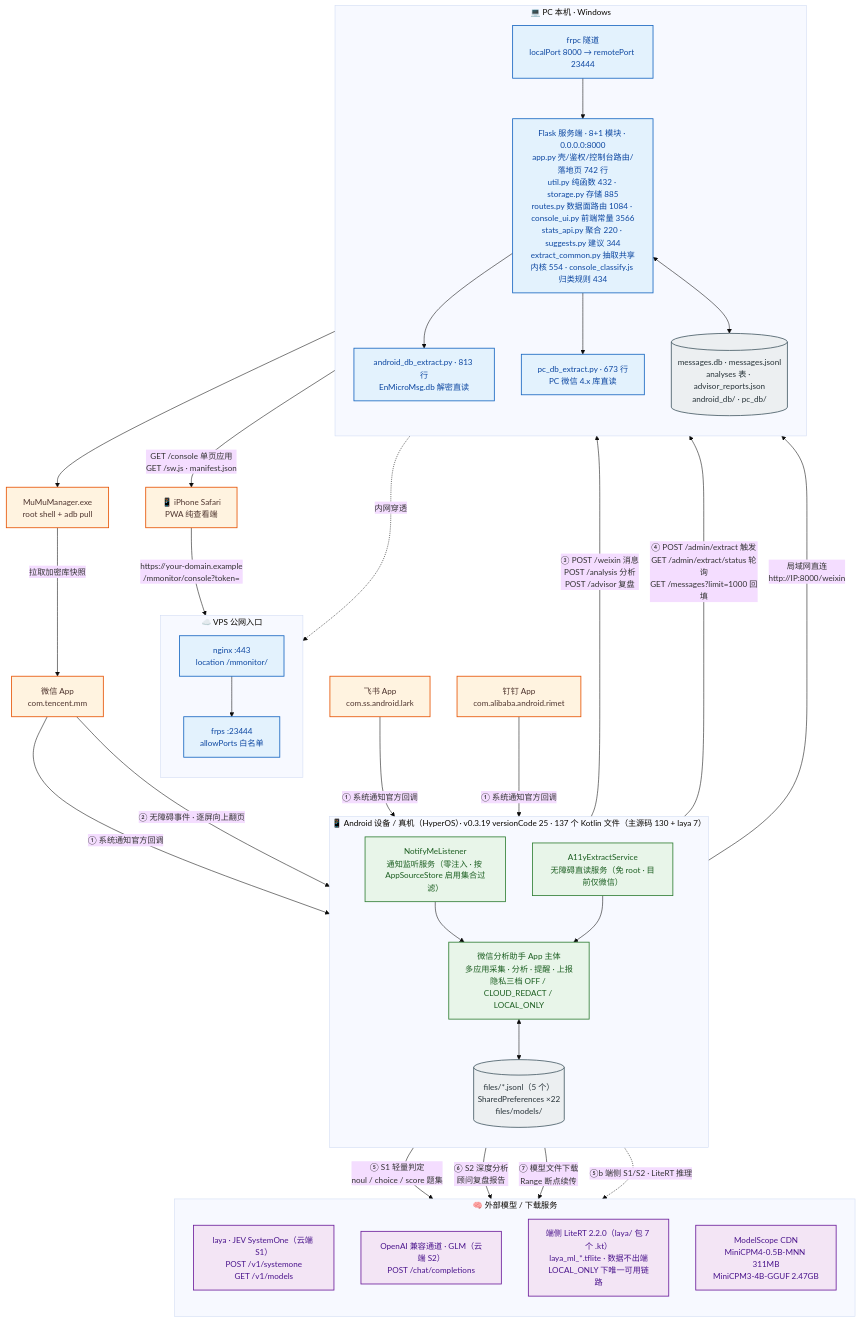
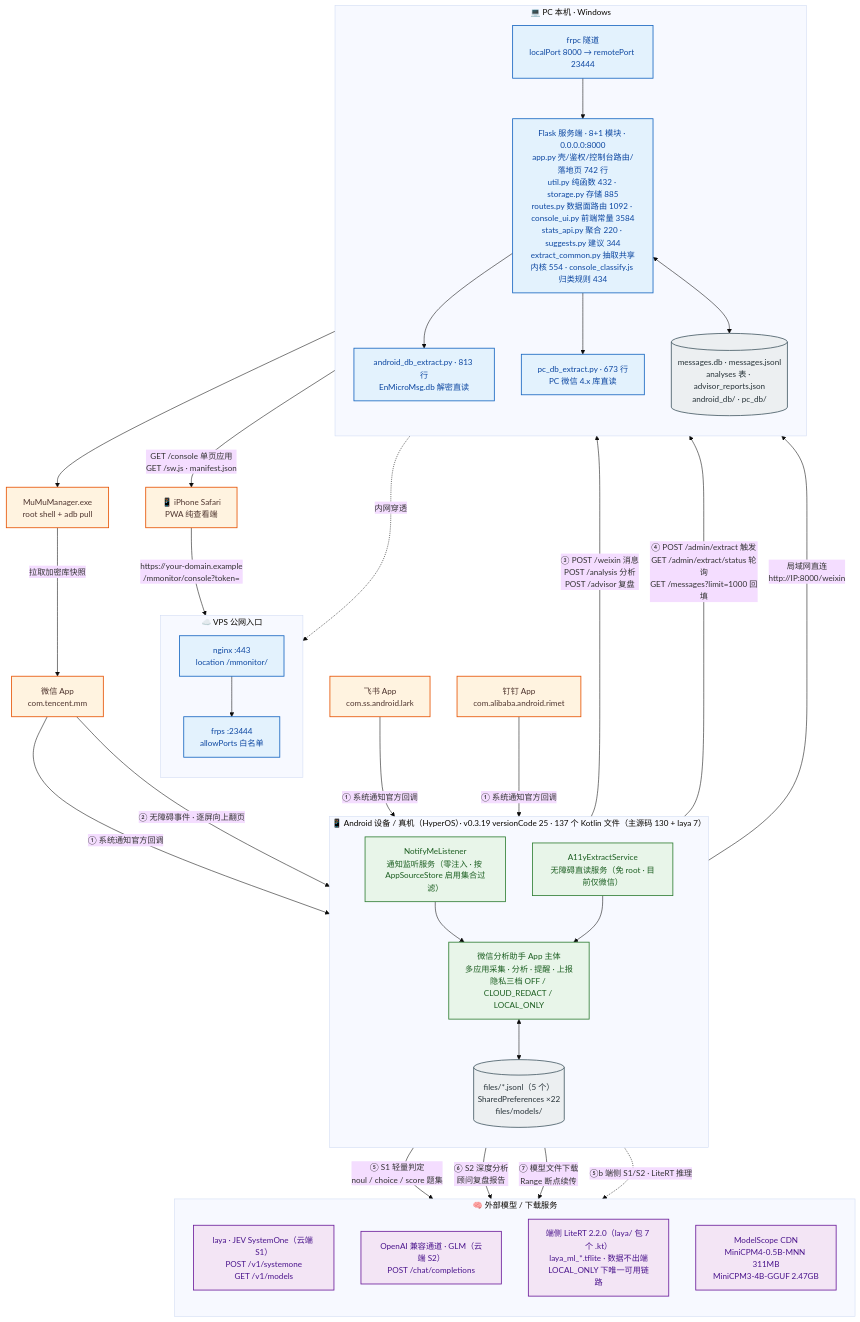
Before and after one commit to solidjoker/notifyme: the diagram in docs/architecture/diagrams/01-system-context.mmd, drawn with Mermaid. The commit also changed 14 other files, not shown here.

```diff
--- a/docs/architecture/diagrams/01-system-context.mmd
+++ b/docs/architecture/diagrams/01-system-context.mmd
@@ -1,70 +1,70 @@
 %%{init: {'theme':'base','themeVariables':{'fontSize':'15px','fontFamily':'Microsoft YaHei, PingFang SC, sans-serif'},'flowchart':{'htmlLabels':true,'curve':'basis'}}}%%
 flowchart TB
     classDef ext  fill:#fff3e0,stroke:#e65100,stroke-width:1.5px,color:#4e342e
     classDef app  fill:#e8f5e9,stroke:#2e7d32,stroke-width:1.5px,color:#1b5e20
     classDef srv  fill:#e3f2fd,stroke:#1565c0,stroke-width:1.5px,color:#0d47a1
     classDef llm  fill:#f3e5f5,stroke:#6a1b9a,stroke-width:1.5px,color:#4a148c
     classDef store fill:#eceff1,stroke:#455a64,stroke-width:1.5px,color:#263238
 
     WX["微信 App<br/>com.tencent.mm"]:::ext
     FS["飞书 App<br/>com.ss.android.lark"]:::ext
     DT["钉钉 App<br/>com.alibaba.android.rimet"]:::ext
 
     subgraph DEV["📱 Android 设备 / 真机（HyperOS）· v0.3.19 versionCode 25 · 137 个 Kotlin 文件（主源码 130 + laya 7）"]
         direction TB
         NL["NotifyMeListener<br/>通知监听服务（零注入 · 按 AppSourceStore 启用集合过滤）"]:::app
         A11Y["A11yExtractService<br/>无障碍直读服务（免 root · 目前仅微信）"]:::app
         CORE["微信分析助手 App 主体<br/>多应用采集 · 分析 · 提醒 · 上报<br/>隐私三档 OFF / CLOUD_REDACT / LOCAL_ONLY"]:::app
         STORE[("files/*.jsonl（5 个）<br/>SharedPreferences ×22<br/>files/models/")]:::store
         NL --> CORE
         A11Y --> CORE
         CORE <--> STORE
     end
 
     subgraph HOST["💻 PC 本机 · Windows"]
         direction TB
-        FLASK["Flask 服务端 · 8+1 模块 · 0.0.0.0:8000<br/>app.py 壳/鉴权/控制台路由/落地页 742 行<br/>util.py 纯函数 432 · storage.py 存储 885<br/>routes.py 数据面路由 1084 · console_ui.py 前端常量 3566<br/>stats_api.py 聚合 220 · suggests.py 建议 344<br/>extract_common.py 抽取共享内核 554 · console_classify.js 归类规则 434"]:::srv
+        FLASK["Flask 服务端 · 8+1 模块 · 0.0.0.0:8000<br/>app.py 壳/鉴权/控制台路由/落地页 742 行<br/>util.py 纯函数 432 · storage.py 存储 885<br/>routes.py 数据面路由 1092 · console_ui.py 前端常量 3584<br/>stats_api.py 聚合 220 · suggests.py 建议 344<br/>extract_common.py 抽取共享内核 554 · console_classify.js 归类规则 434"]:::srv
         ADBEX["android_db_extract.py · 813 行<br/>EnMicroMsg.db 解密直读"]:::srv
         PCEX["pc_db_extract.py · 673 行<br/>PC 微信 4.x 库直读"]:::srv
         DB[("messages.db · messages.jsonl<br/>analyses 表 · advisor_reports.json<br/>android_db/ · pc_db/")]:::store
         FRPC["frpc 隧道<br/>localPort 8000 → remotePort 23444"]:::srv
         FLASK --> ADBEX
         FLASK --> PCEX
         FLASK <--> DB
         FRPC --> FLASK
     end
 
     subgraph VPS["☁️ VPS 公网入口"]
         direction TB
         NGINX["nginx :443<br/>location /mmonitor/"]:::srv
         FRPS["frps :23444<br/>allowPorts 白名单"]:::srv
         NGINX --> FRPS
     end
 
     subgraph AI["🧠 外部模型 / 下载服务"]
         direction TB
         LAYA["laya · JEV SystemOne（云端 S1）<br/>POST /v1/systemone<br/>GET /v1/models"]:::llm
         GLM["OpenAI 兼容通道 · GLM（云端 S2）<br/>POST /chat/completions"]:::llm
         LITE["端侧 LiteRT 2.2.0（laya/ 包 7 个 .kt）<br/>laya_ml_*.tflite · 数据不出端<br/>LOCAL_ONLY 下唯一可用链路"]:::llm
         MS["ModelScope CDN<br/>MiniCPM4-0.5B-MNN 311MB<br/>MiniCPM3-4B-GGUF 2.47GB"]:::llm
     end
 
     MUMU["MuMuManager.exe<br/>root shell + adb pull"]:::ext
     IPHONE["📱 iPhone Safari<br/>PWA 纯查看端"]:::ext
 
     WX -->|"① 系统通知官方回调"| NL
     FS -->|"① 系统通知官方回调"| NL
     DT -->|"① 系统通知官方回调"| NL
     WX -->|"② 无障碍事件 · 逐屏向上翻页"| A11Y
     CORE -->|"③ POST /weixin 消息<br/>POST /analysis 分析<br/>POST /advisor 复盘"| FLASK
     CORE -->|"④ POST /admin/extract 触发<br/>GET /admin/extract/status 轮询<br/>GET /messages?limit=1000 回填"| FLASK
     CORE -->|"⑤ S1 轻量判定<br/>noul / choice / score 题集"| LAYA
     CORE -->|"⑥ S2 深度分析<br/>顾问复盘报告"| GLM
     CORE -->|"⑦ 模型文件下载<br/>Range 断点续传"| MS
     CORE -.->|"⑤b 端侧 S1/S2 · LiteRT 推理"| LITE
     ADBEX --> MUMU
     MUMU -->|"拉取加密库快照"| WX
     CORE -->|"局域网直连<br/>http://IP:8000/weixin"| FLASK
     FRPC -.->|"内网穿透"| FRPS
     IPHONE -->|"https://your-domain.example<br/>/mmonitor/console?token="| NGINX
     FLASK -->|"GET /console 单页应用<br/>GET /sw.js · manifest.json"| IPHONE
```
